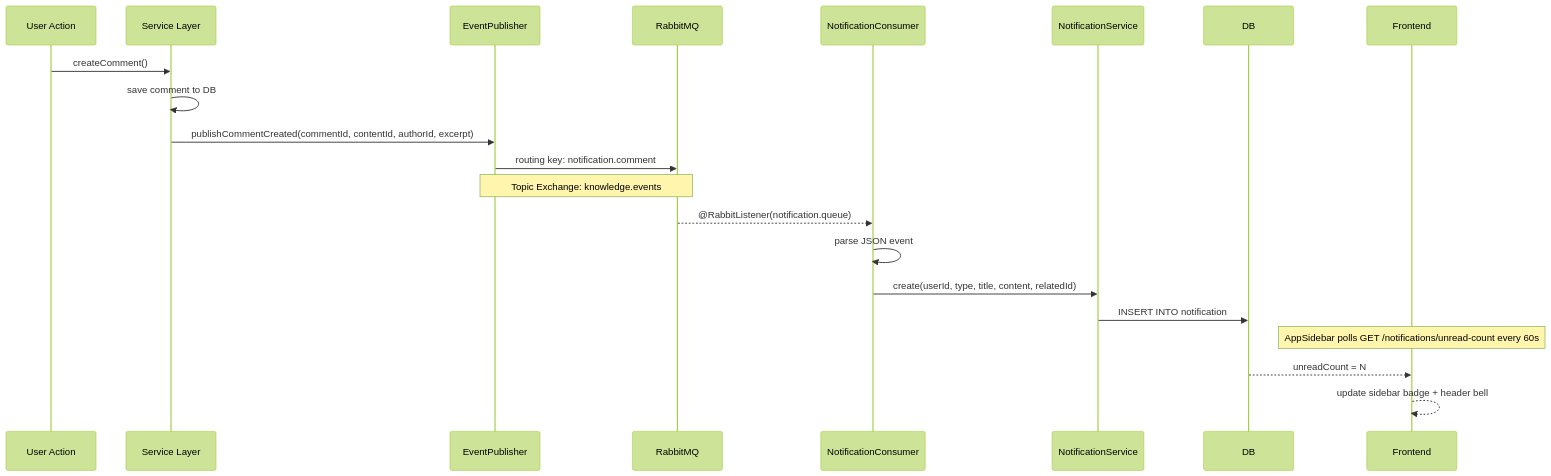
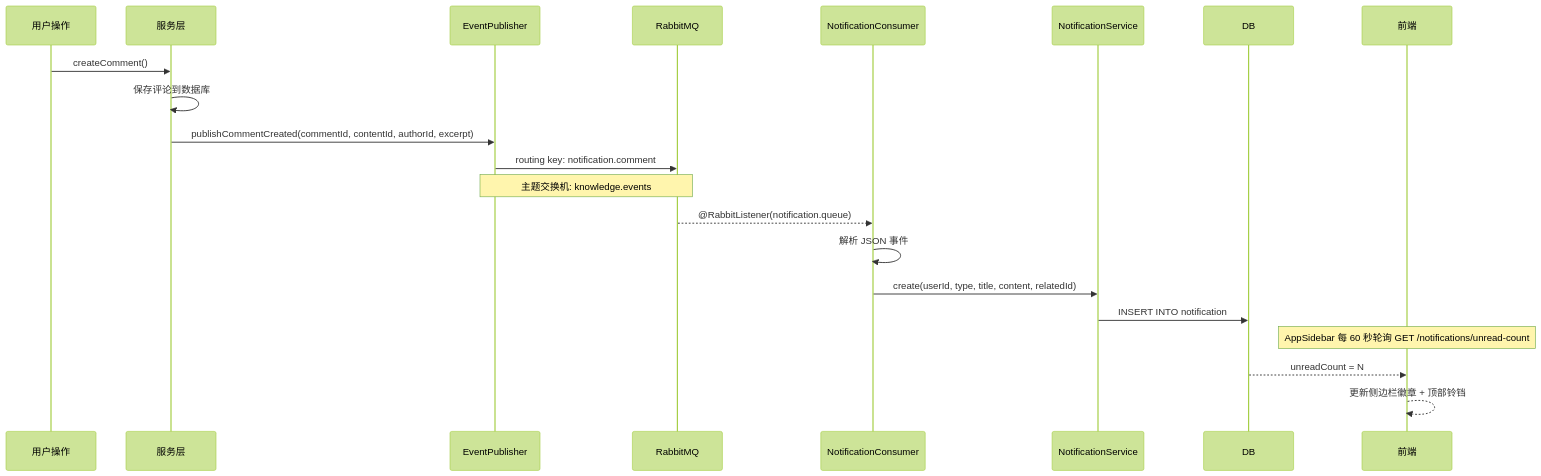
The ninth of 12 diagrams in docs/design/architecture-and-design.md (JiongJiongP/knowledge-share), drawn with Mermaid (forest theme) before and after one commit. The commit also changed other lines of this file, not shown here.

Commit message:
docs: translate architecture design document to Chinese

````diff
--- a/docs/design/architecture-and-design.md
+++ b/docs/design/architecture-and-design.md
@@ -373,24 +373,24 @@
 ```mermaid
 sequenceDiagram
-    participant User as User Action
-    participant Svc as Service Layer
+    participant User as 用户操作
+    participant Svc as 服务层
     participant Pub as EventPublisher
     participant MQ as RabbitMQ
     participant Consumer as NotificationConsumer
     participant NotifSvc as NotificationService
     participant DB
-    participant Frontend
+    participant Frontend as 前端
 
     User->>Svc: createComment()
-    Svc->>Svc: save comment to DB
+    Svc->>Svc: 保存评论到数据库
     Svc->>Pub: publishCommentCreated(commentId, contentId, authorId, excerpt)
     Pub->>MQ: routing key: notification.comment
-    Note over Pub,MQ: Topic Exchange: knowledge.events
+    Note over Pub,MQ: 主题交换机: knowledge.events
     MQ-->>Consumer: @RabbitListener(notification.queue)
-    Consumer->>Consumer: parse JSON event
+    Consumer->>Consumer: 解析 JSON 事件
     Consumer->>NotifSvc: create(userId, type, title, content, relatedId)
     NotifSvc->>DB: INSERT INTO notification
-    Note over Frontend: AppSidebar polls GET /notifications/unread-count every 60s
+    Note over Frontend: AppSidebar 每 60 秒轮询 GET /notifications/unread-count
     DB-->>Frontend: unreadCount = N
-    Frontend-->>Frontend: update sidebar badge + header bell
+    Frontend-->>Frontend: 更新侧边栏徽章 + 顶部铃铛
 ```
````
